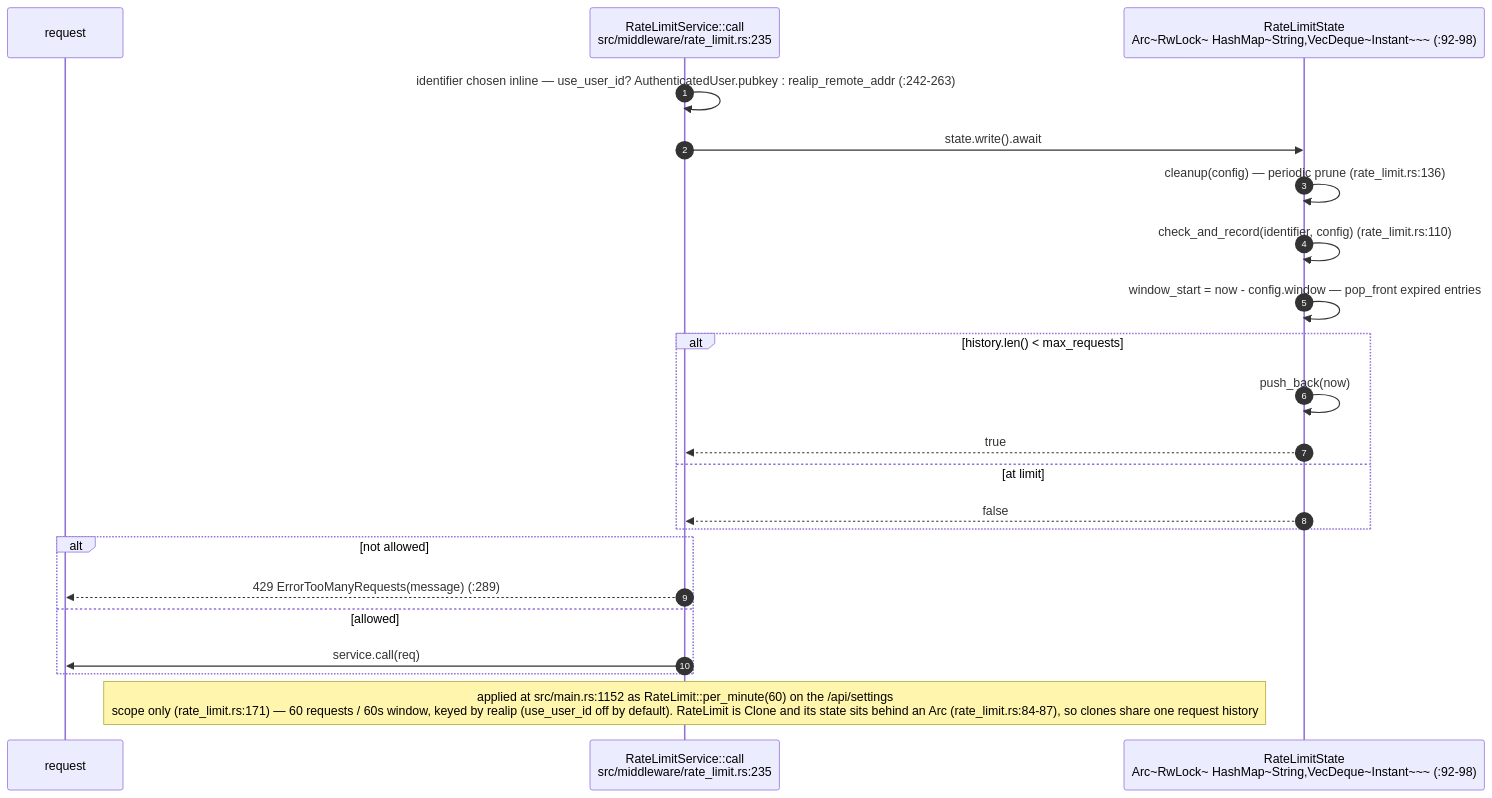
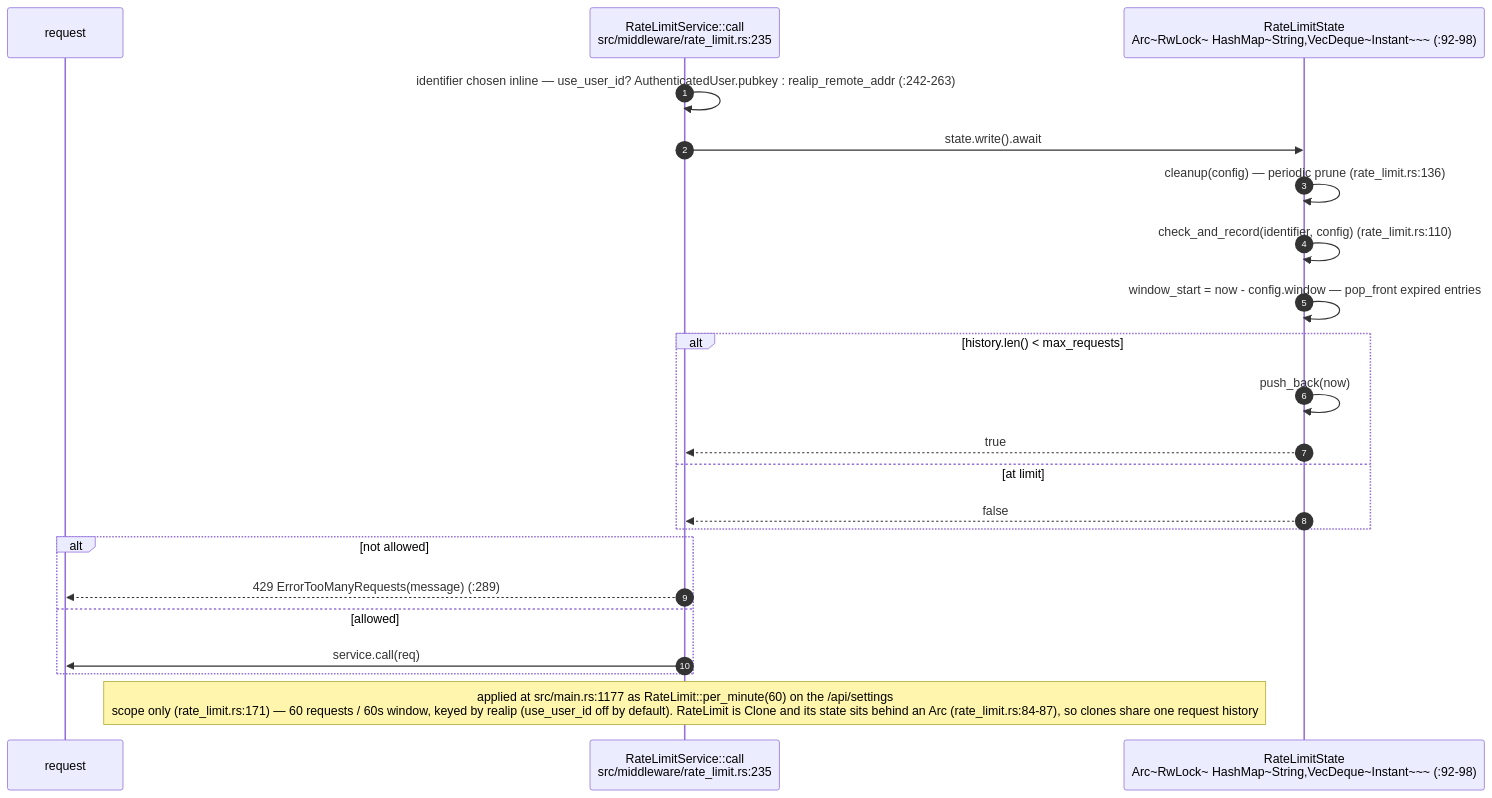
One commit to DreamLab-AI/VisionFlow changed diagram 11 of 15 in docs/diagrams/visionclaw/03-request-lifecycle-and-rbac.md. Above: the diagram before and after it, drawn with Mermaid. The commit also changed other lines of this file and 46 other files, not shown here.

Commit message:
docs(diagrams): re-verify VisionClaw topics at 809a859aa/a950f4d80 after the consolidation pass

````diff
--- a/docs/diagrams/visionclaw/03-request-lifecycle-and-rbac.md
+++ b/docs/diagrams/visionclaw/03-request-lifecycle-and-rbac.md
@@ -543,25 +541,25 @@
 ```mermaid
 sequenceDiagram
     autonumber
     participant R as request
     participant RL as RateLimitService::call<br/>src/middleware/rate_limit.rs:235
     participant ST as RateLimitState<br/>Arc~RwLock~ HashMap~String,VecDeque~Instant~~~ (:92-98)
 
     RL->>RL: identifier chosen inline — use_user_id? AuthenticatedUser.pubkey : realip_remote_addr (:242-263)
     RL->>ST: state.write().await
     ST->>ST: cleanup(config) — periodic prune (rate_limit.rs:136)
     ST->>ST: check_and_record(identifier, config) (rate_limit.rs:110)
     ST->>ST: window_start = now - config.window — pop_front expired entries
     alt history.len() < max_requests
         ST->>ST: push_back(now)
         ST-->>RL: true
     else at limit
         ST-->>RL: false
     end
     alt not allowed
         RL-->>R: 429 ErrorTooManyRequests(message) (:289)
     else allowed
         RL->>R: service.call(req)
     end
-    Note over RL: applied at src/main.rs:1152 as RateLimit::per_minute(60) on the /api/settings<br/>scope only (rate_limit.rs:171) — 60 requests / 60s window, keyed by realip (use_user_id off by default). RateLimit is Clone and its state sits behind an Arc (rate_limit.rs:84-87), so clones share one request history
+    Note over RL: applied at src/main.rs:1177 as RateLimit::per_minute(60) on the /api/settings<br/>scope only (rate_limit.rs:171) — 60 requests / 60s window, keyed by realip (use_user_id off by default). RateLimit is Clone and its state sits behind an Arc (rate_limit.rs:84-87), so clones share one request history
 ```
````
